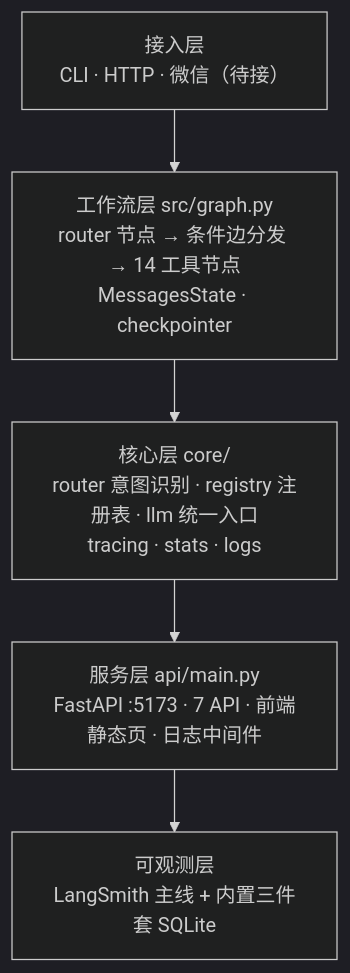
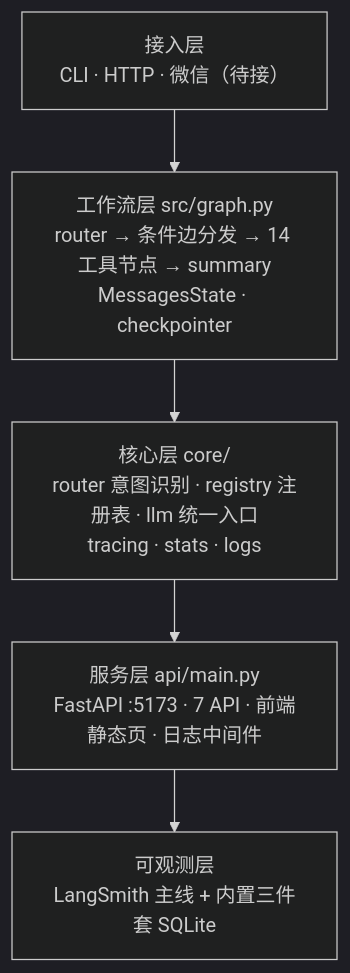
Before and after one commit to shixuanaa11/brainflow: the first of 2 diagrams in README.md, drawn with Mermaid (dark theme). The commit also changed other lines of this file, not shown here.

Commit message:
docs: README 同步 v1.1（summary 节点 / SSE 流式 / web 看板）

````diff
--- a/README.md
+++ b/README.md
@@ -82,12 +84,12 @@
 ```mermaid
 flowchart TB
     ENTRY[接入层<br/>CLI · HTTP · 微信（待接）]
-    WF[工作流层 src/graph.py<br/>router 节点 → 条件边分发 → 14 工具节点<br/>MessagesState · checkpointer]
+    WF[工作流层 src/graph.py<br/>router → 条件边分发 → 14 工具节点 → summary<br/>MessagesState · checkpointer]
     CORE[核心层 core/<br/>router 意图识别 · registry 注册表 · llm 统一入口<br/>tracing · stats · logs]
     API[服务层 api/main.py<br/>FastAPI :5173 · 7 API · 前端静态页 · 日志中间件]
     OBS[可观测层<br/>LangSmith 主线 + 内置三件套 SQLite]
     ENTRY --> WF
     WF --> CORE
     CORE --> API
     API --> OBS
 ```
````
